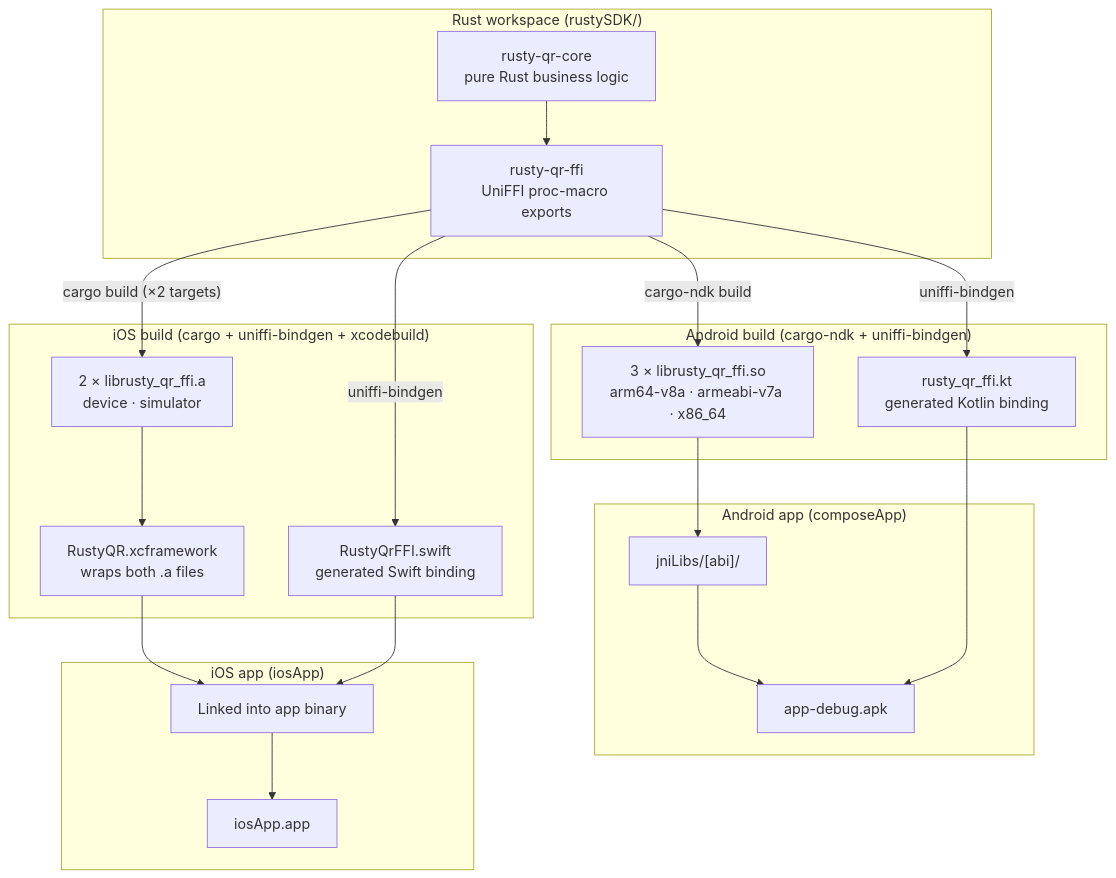
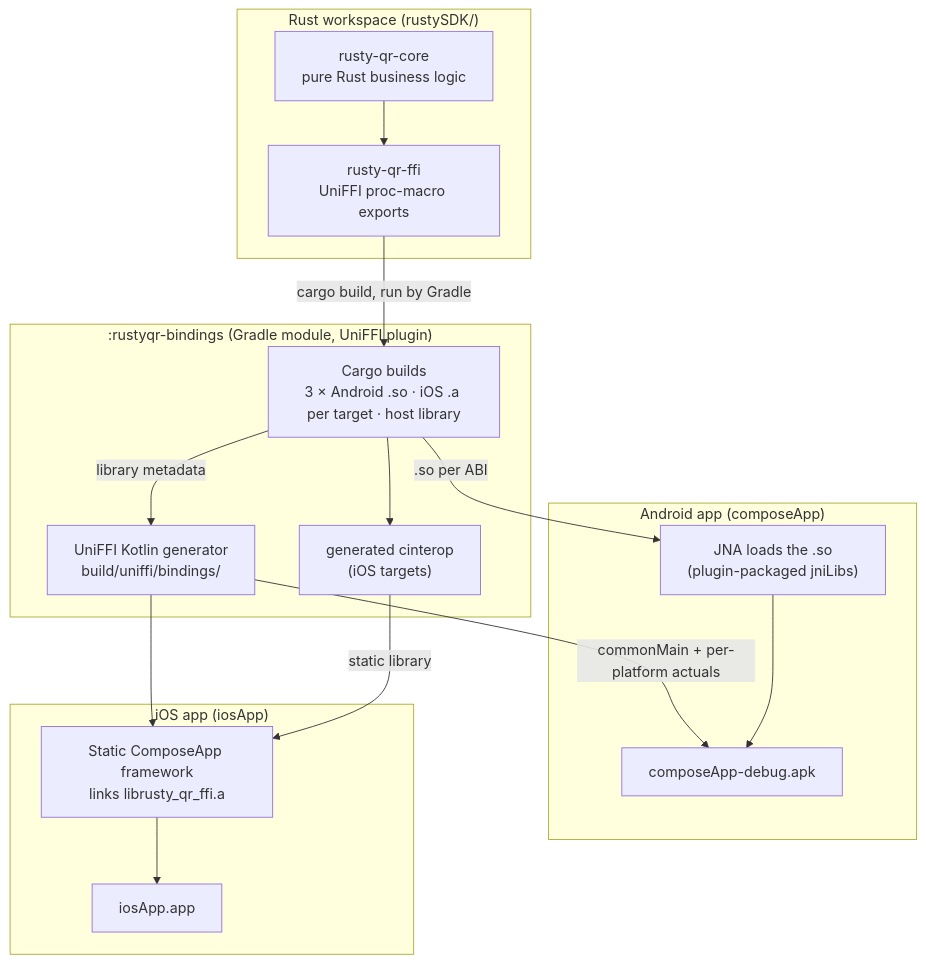
One commit to prasannajeet/RustyQR changed the first of 7 diagrams in docs/ARCHITECTURE.md. Above: the diagram before and after it, drawn with Mermaid. The commit also changed other lines of this file and 25 other files, not shown here.

````diff
--- a/docs/ARCHITECTURE.md
+++ b/docs/ARCHITECTURE.md
@@ -39,42 +41,35 @@
 ```mermaid
 graph TB
     subgraph "Rust workspace (rustySDK/)"
         CORE["rusty-qr-core<br/>pure Rust business logic"]
         FFI["rusty-qr-ffi<br/>UniFFI proc-macro exports"]
         CORE --> FFI
     end
 
-    subgraph "Android build (cargo-ndk + uniffi-bindgen)"
-        SO["3 × librusty_qr_ffi.so<br/>arm64-v8a · armeabi-v7a · x86_64"]
-        KT["rusty_qr_ffi.kt<br/>generated Kotlin binding"]
-    end
-
-    subgraph "iOS build (cargo + uniffi-bindgen + xcodebuild)"
-        A["2 × librusty_qr_ffi.a<br/>device · simulator"]
-        XCF["RustyQR.xcframework<br/>wraps both .a files"]
-        SW["RustyQrFFI.swift<br/>generated Swift binding"]
+    subgraph ":rustyqr-bindings (Gradle module, UniFFI plugin)"
+        CARGO["Cargo builds<br/>3 × Android .so · iOS .a per target · host library"]
+        GEN["UniFFI Kotlin generator<br/>build/uniffi/bindings/"]
+        CI["generated cinterop<br/>(iOS targets)"]
     end
 
     subgraph "Android app (composeApp)"
-        JNI["jniLibs/[abi]/"]
-        APK["app-debug.apk"]
+        JNA["JNA loads the .so<br/>(plugin-packaged jniLibs)"]
+        APK["composeApp-debug.apk"]
     end
 
     subgraph "iOS app (iosApp)"
-        FW["Linked into app binary"]
+        FW["Static ComposeApp framework<br/>links librusty_qr_ffi.a"]
         IPA["iosApp.app"]
     end
 
-    FFI -->|"cargo-ndk build"| SO
-    FFI -->|"uniffi-bindgen"| KT
-    SO --> JNI
-    JNI --> APK
-    KT --> APK
+    FFI -->|"cargo build, run by Gradle"| CARGO
+    CARGO -->|"library metadata"| GEN
+    CARGO --> CI
+    GEN -->|"commonMain + per-platform actuals"| APK
+    CARGO -->|".so per ABI"| JNA
+    JNA --> APK
 
-    FFI -->|"cargo build (×2 targets)"| A
-    FFI -->|"uniffi-bindgen"| SW
-    A --> XCF
-    XCF --> FW
-    SW --> FW
+    GEN --> FW
+    CI -->|"static library"| FW
     FW --> IPA
 ```
````
